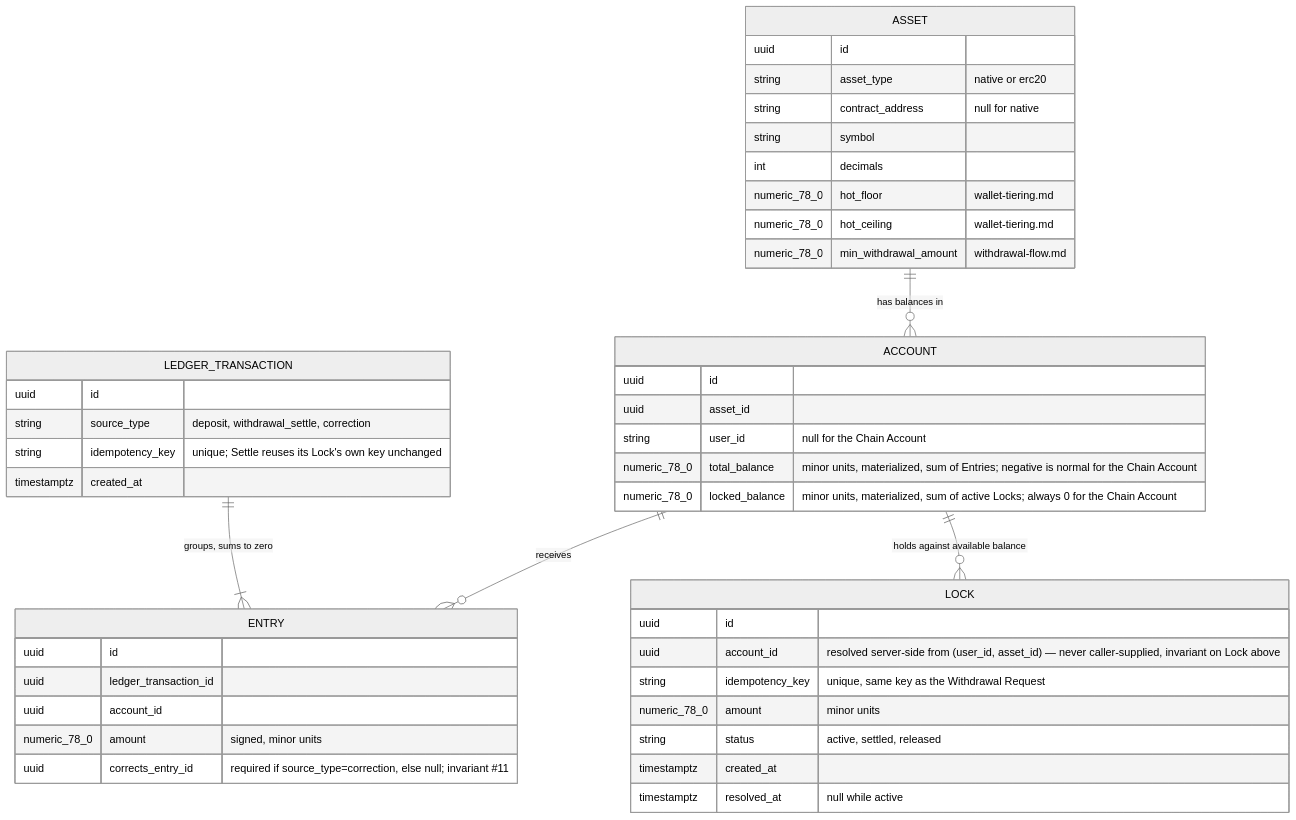
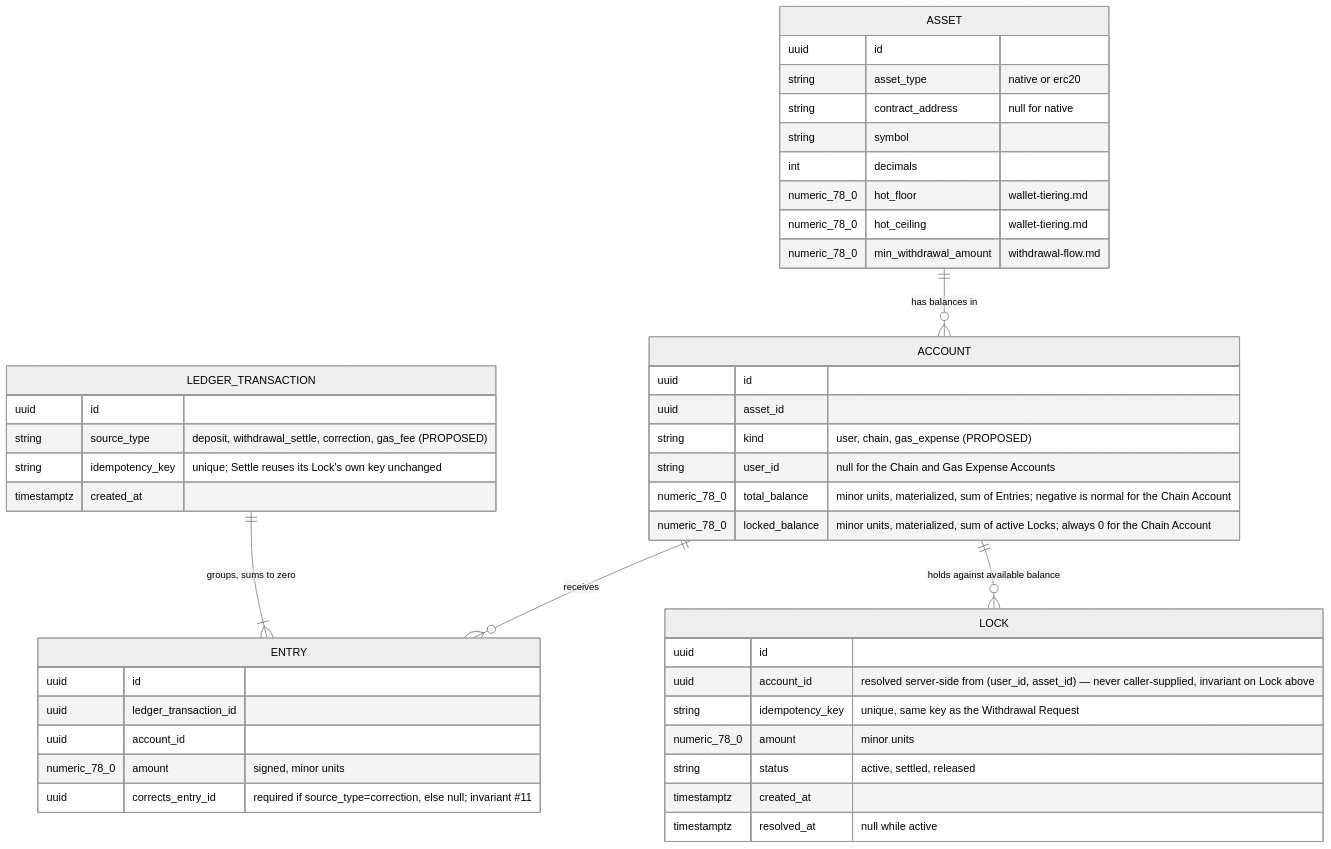
The first of 3 diagrams in docs/design/ledger.md (VuKhuongDuy/DigiWal), drawn with Mermaid (neutral theme) before and after one commit. The commit also changed other lines of this file and 20 other files, not shown here.

First line of the commit message:
withdrawal-flow, ledger, deposit-flow: Reaper, fee bump, gas accounting are Decided

````diff
--- a/docs/design/ledger.md
+++ b/docs/design/ledger.md
@@ -292,47 +352,48 @@
 ```mermaid
 erDiagram
     ASSET ||--o{ ACCOUNT : "has balances in"
     ACCOUNT ||--o{ ENTRY : "receives"
     ACCOUNT ||--o{ LOCK : "holds against available balance"
     LEDGER_TRANSACTION ||--|{ ENTRY : "groups, sums to zero"
 
     ASSET {
         uuid id
         string asset_type "native or erc20"
         string contract_address "null for native"
         string symbol
         int decimals
         numeric_78_0 hot_floor "wallet-tiering.md"
         numeric_78_0 hot_ceiling "wallet-tiering.md"
         numeric_78_0 min_withdrawal_amount "withdrawal-flow.md"
     }
     ACCOUNT {
         uuid id
         uuid asset_id
-        string user_id "null for the Chain Account"
+        string kind "user, chain, gas_expense (PROPOSED)"
+        string user_id "null for the Chain and Gas Expense Accounts"
         numeric_78_0 total_balance "minor units, materialized, sum of Entries; negative is normal for the Chain Account"
         numeric_78_0 locked_balance "minor units, materialized, sum of active Locks; always 0 for the Chain Account"
     }
     LOCK {
         uuid id
         uuid account_id "resolved server-side from (user_id, asset_id) — never caller-supplied, invariant on Lock above"
         string idempotency_key "unique, same key as the Withdrawal Request"
         numeric_78_0 amount "minor units"
         string status "active, settled, released"
         timestamptz created_at
         timestamptz resolved_at "null while active"
     }
     LEDGER_TRANSACTION {
         uuid id
-        string source_type "deposit, withdrawal_settle, correction"
+        string source_type "deposit, withdrawal_settle, correction, gas_fee (PROPOSED)"
         string idempotency_key "unique; Settle reuses its Lock's own key unchanged"
         timestamptz created_at
     }
     ENTRY {
         uuid id
         uuid ledger_transaction_id
         uuid account_id
         numeric_78_0 amount "signed, minor units"
         uuid corrects_entry_id "required if source_type=correction, else null; invariant #11"
     }
 ```
````
